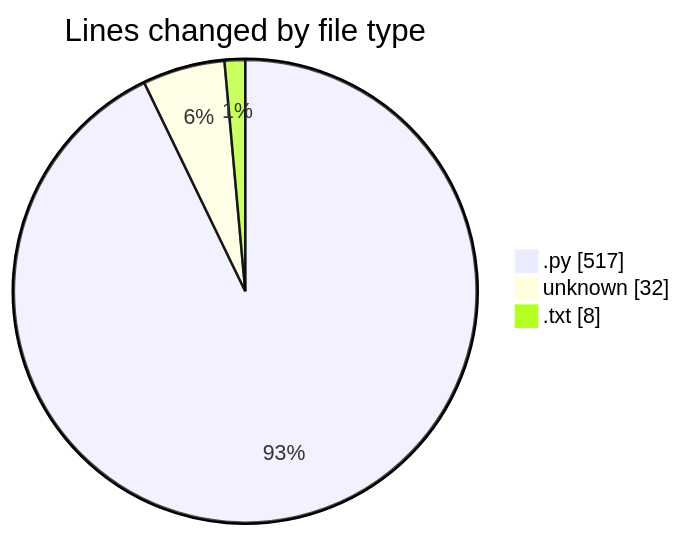
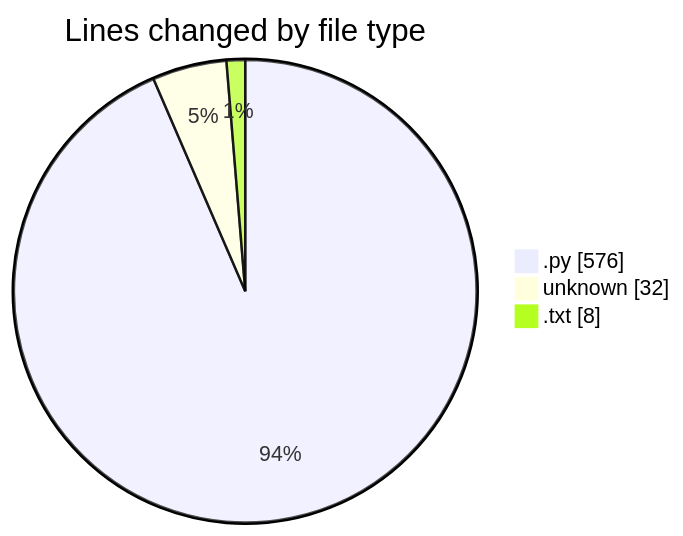
One commit to momahboobian/code-tracking changed the first of 2 diagrams in 2026-09-18/video-downloader/README.md. Above: the diagram before and after it, drawn with Mermaid. The commit also changed other lines of this file and 1 other file, not shown here.

````diff
--- a/2026-09-18/video-downloader/README.md
+++ b/2026-09-18/video-downloader/README.md
@@ -24,7 +24,7 @@
 ```mermaid
 pie showData
 title Lines changed by file type
-".py" : 517
+".py" : 576
 "unknown" : 32
 ".txt" : 8
 ```
````
